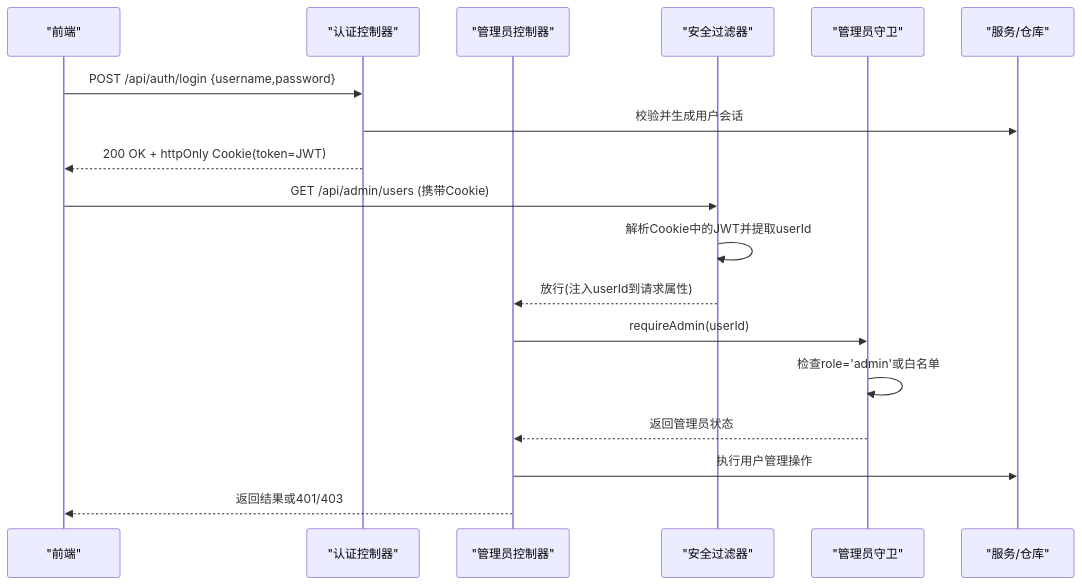
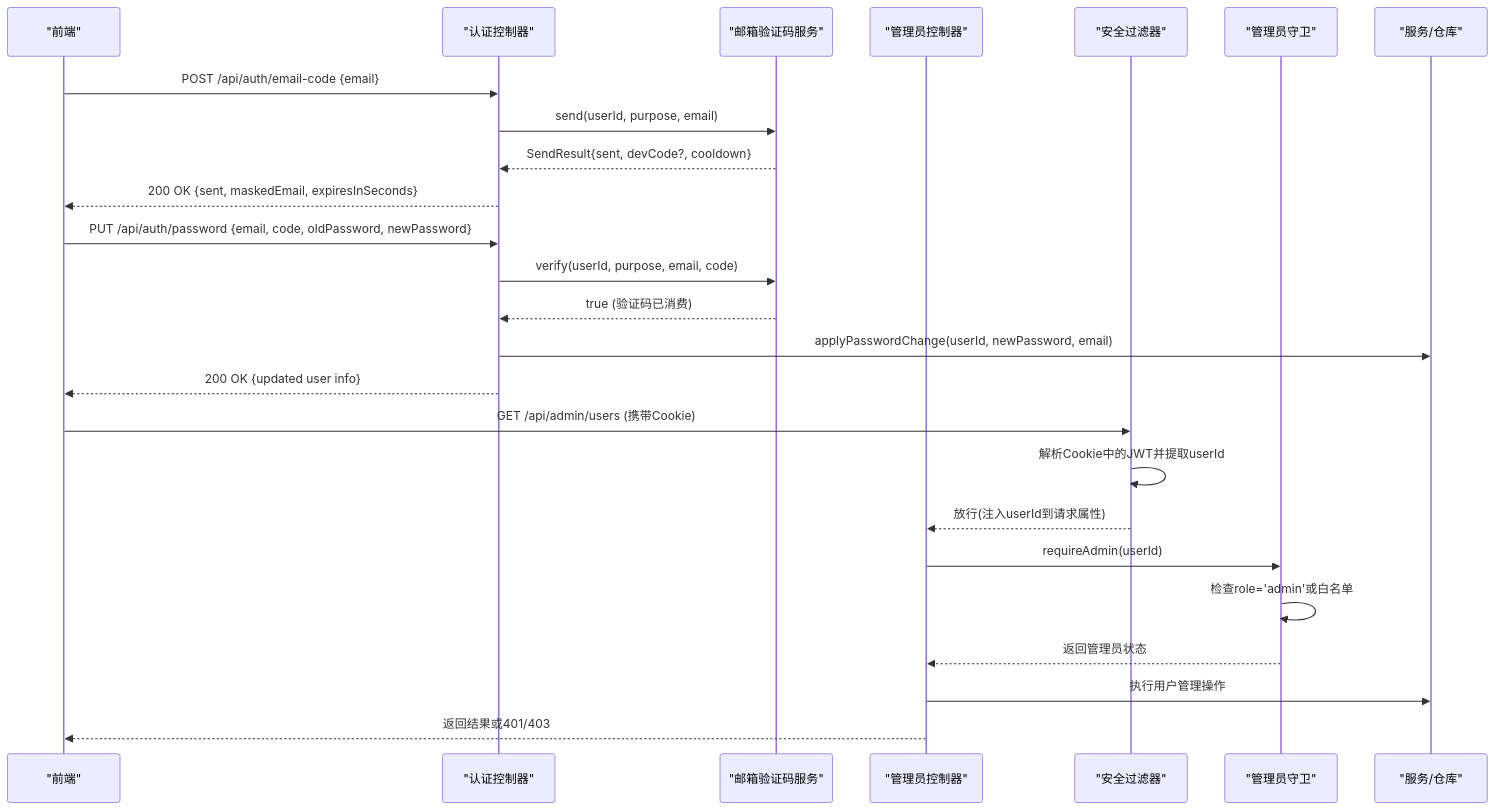
One commit to huangman881112/aiforip changed the second of 4 diagrams in .qoder/repowiki/zh/content/后端API文档/用户管理API.md. Above: the diagram before and after it, drawn with Mermaid. The commit also changed other lines of this file and 87 other files, not shown here.

````diff
--- a/.qoder/repowiki/zh/content/后端API文档/用户管理API.md
+++ b/.qoder/repowiki/zh/content/后端API文档/用户管理API.md
@@ -132,20 +153,27 @@
 ```mermaid
 sequenceDiagram
 participant FE as "前端"
 participant AUTH as "认证控制器"
+participant EMAIL as "邮箱验证码服务"
 participant ADMIN as "管理员控制器"
 participant SEC as "安全过滤器"
 participant GUARD as "管理员守卫"
 participant SVC as "服务/仓库"
-FE->>AUTH : POST /api/auth/login {username,password}
-AUTH->>SVC : 校验并生成用户会话
-AUTH-->>FE : 200 OK + httpOnly Cookie(token=JWT)
+FE->>AUTH : POST /api/auth/email-code {email}
+AUTH->>EMAIL : send(userId, purpose, email)
+EMAIL-->>AUTH : SendResult{sent, devCode?, cooldown}
+AUTH-->>FE : 200 OK {sent, maskedEmail, expiresInSeconds}
+FE->>AUTH : PUT /api/auth/password {email, code, oldPassword, newPassword}
+AUTH->>EMAIL : verify(userId, purpose, email, code)
+EMAIL-->>AUTH : true (验证码已消费)
+AUTH->>SVC : applyPasswordChange(userId, newPassword, email)
+AUTH-->>FE : 200 OK {updated user info}
 FE->>SEC : GET /api/admin/users (携带Cookie)
 SEC->>SEC : 解析Cookie中的JWT并提取userId
 SEC-->>ADMIN : 放行(注入userId到请求属性)
 ADMIN->>GUARD : requireAdmin(userId)
 GUARD->>GUARD : 检查role='admin'或白名单
 GUARD-->>ADMIN : 返回管理员状态
 ADMIN->>SVC : 执行用户管理操作
 ADMIN-->>FE : 返回结果或401/403
 ```
````
